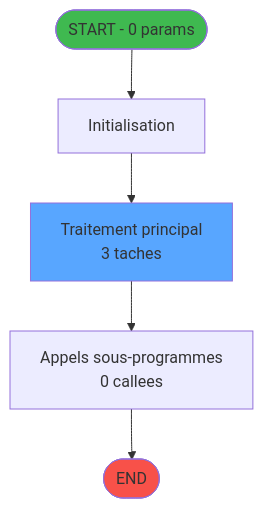
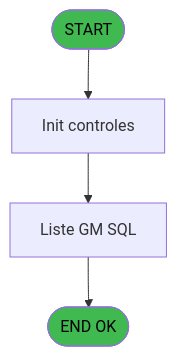
Before and after one commit to thonyAGP/magic-migration: the first of 3 diagrams in .openspec/specs/ADH-IDE-53.md, drawn with Mermaid. The commit also changed other lines of this file and 253 other files, not shown here.

````diff
--- a/.openspec/specs/ADH-IDE-53.md
+++ b/.openspec/specs/ADH-IDE-53.md
@@ -86,14 +196,13 @@
 ```mermaid
 flowchart TD
-    START([START - 0 params])
-    INIT["Initialisation"]
-    PROCESS["Traitement principal<br/>3 taches"]
-    CALLS["Appels sous-programmes<br/>0 callees"]
-    ENDOK([END])
+    START([START])
+    INIT[Init controles]
+    SAISIE[Liste GM SQL]
+    ENDOK([END OK])
 
-    START --> INIT --> PROCESS --> CALLS --> ENDOK
+    START --> INIT --> SAISIE
+    SAISIE --> ENDOK
 
-    style START fill:#3fb950
-    style ENDOK fill:#f85149
-    style PROCESS fill:#58a6ff
+    style START fill:#3fb950,color:#000
+    style ENDOK fill:#3fb950,color:#000
 ```
````
